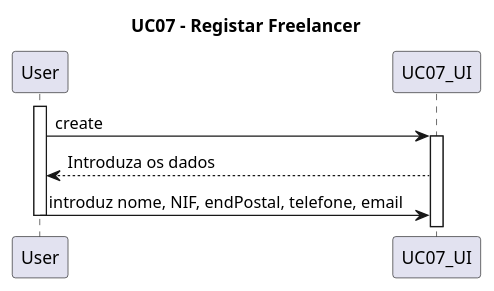
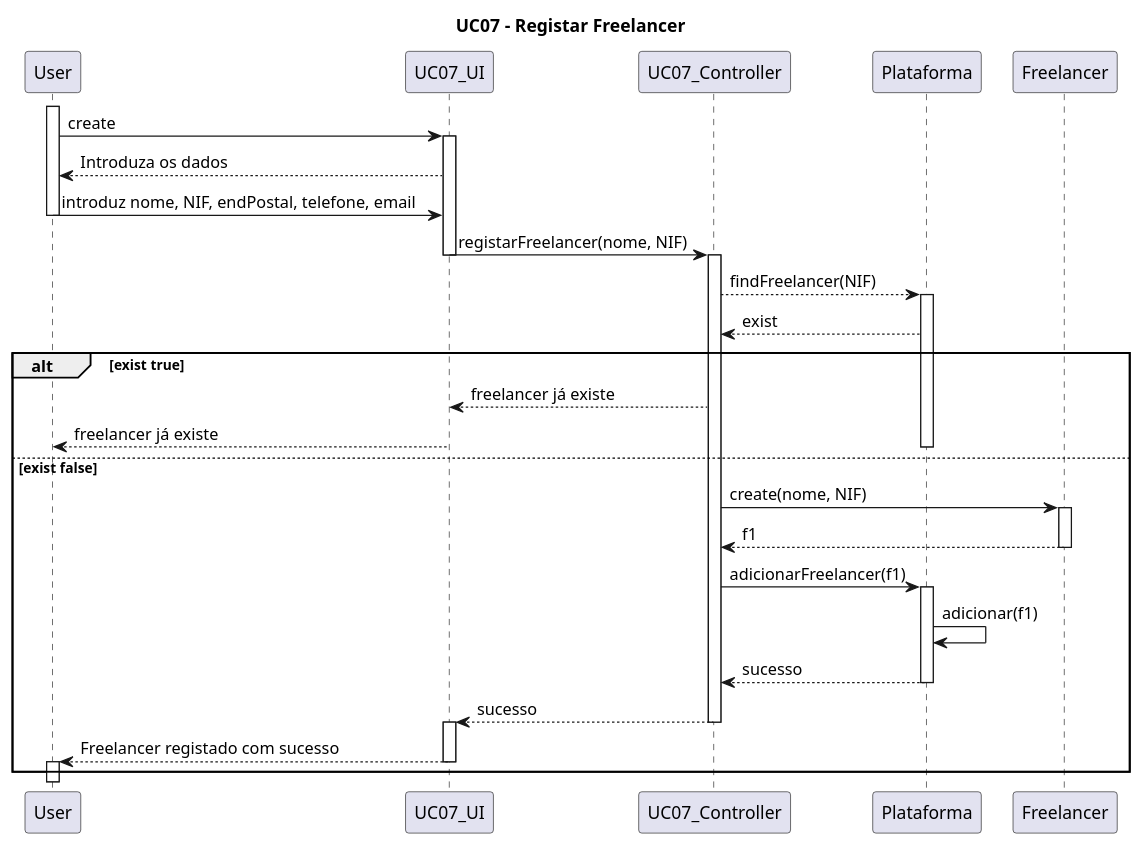
Before and after one commit to blestonbandeiraUPSKILL/upskill_java1_labprg_grupo2: the diagram in Documentação/Sprint 3/UC07_Registar_Freelancer/UC07_Registar_Freelancer_Diagrama_Sequencia.puml, drawn with PlantUML.

```diff
--- a/Documentação/Sprint 3/UC07_Registar_Freelancer/UC07_Registar_Freelancer_Diagrama_Sequencia.puml
+++ b/Documentação/Sprint 3/UC07_Registar_Freelancer/UC07_Registar_Freelancer_Diagrama_Sequencia.puml
@@ -1,12 +1,44 @@
 @startuml
 
 title UC07 - Registar Freelancer
 
 activate User
 User->UC07_UI:create
 activate UC07_UI
 UC07_UI-->User:Introduza os dados
 User->UC07_UI:introduz nome, NIF, endPostal, telefone, email
 deactivate User
 
+UC07_UI->UC07_Controller:registarFreelancer(nome, NIF)
+deactivate UC07_UI
+activate UC07_Controller
+UC07_Controller-->Plataforma:findFreelancer(NIF)
+activate Plataforma
+Plataforma-->UC07_Controller: exist
+alt exist true
+UC07_Controller--> UC07_UI: freelancer já existe
+UC07_UI -->User: freelancer já existe
+else exist false
+deactivate Plataforma
+UC07_Controller->Freelancer: create(nome, NIF)
+activate Freelancer
+Freelancer-->UC07_Controller:f1
+deactivate Freelancer
+UC07_Controller ->Plataforma:adicionarFreelancer(f1)
+activate Plataforma
+Plataforma->Plataforma:adicionar(f1)
+Plataforma-->UC07_Controller:sucesso
+deactivate Plataforma
+UC07_Controller -->UC07_UI:sucesso
+deactivate UC07_Controller
+activate UC07_UI
+UC07_UI-->User:Freelancer registado com sucesso
+deactivate UC07_UI
+activate User
+deactivate User
+end
+
+
+
+
 @enduml
```
